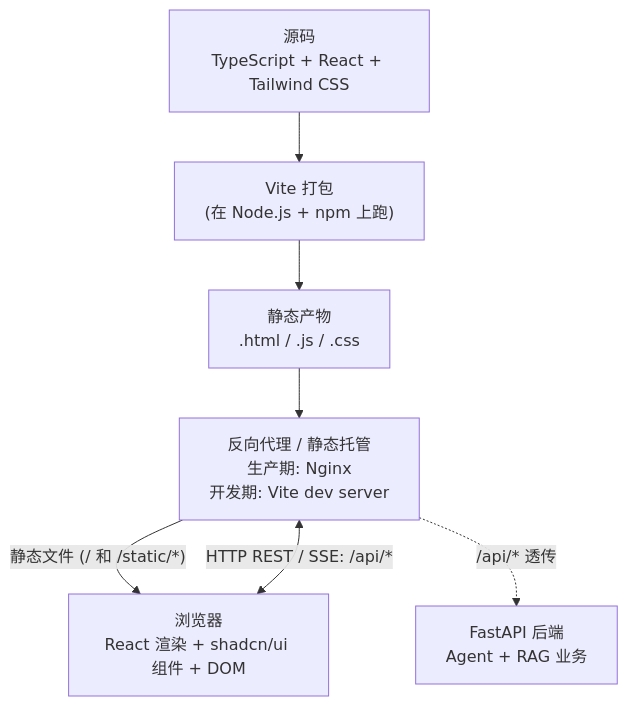
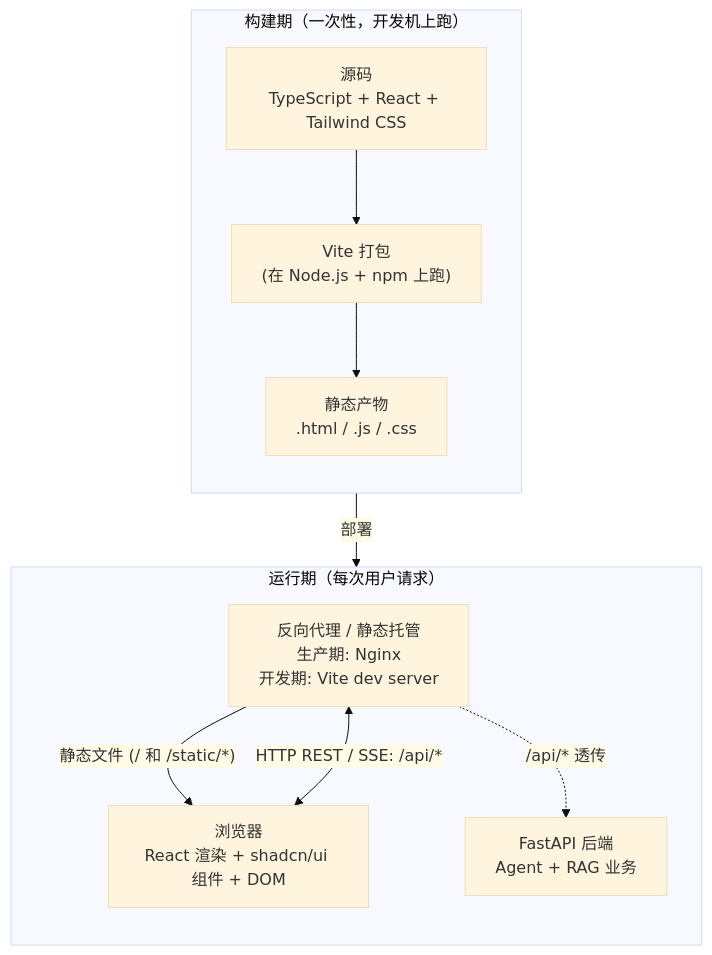
Before and after one commit to michaelwangzhenan/AgentA: the fourth of 10 diagrams in docs/iter_4_UI.md, drawn with Mermaid. The commit also changed other lines of this file and 1 other file, not shown here.

````diff
--- a/docs/iter_4_UI.md
+++ b/docs/iter_4_UI.md
@@ -412,16 +472,23 @@
 ```mermaid
+%%{init: {'theme': 'base', 'themeVariables': {'edgeLabelBackground': '#fffbe6'}}}%%
 flowchart TB
-    SRC["源码<br/>TypeScript + React + Tailwind CSS"]
-    BUILD["Vite 打包<br/>(在 Node.js + npm 上跑)"]
-    DIST["静态产物<br/>.html / .js / .css"]
-    PROXY["反向代理 / 静态托管<br/>生产期: Nginx<br/>开发期: Vite dev server"]
-    BR["浏览器<br/>React 渲染 + shadcn/ui 组件 + DOM"]
-    BE["FastAPI 后端<br/>Agent + RAG 业务"]
+    subgraph BuildTime["构建期（一次性，开发机上跑）"]
+        direction TB
+        SRC["源码<br/>TypeScript + React + Tailwind CSS"]
+        BUILD["Vite 打包<br/>(在 Node.js + npm 上跑)"]
+        DIST["静态产物<br/>.html / .js / .css"]
+        SRC --> BUILD --> DIST
+    end
 
-    SRC --> BUILD
-    BUILD --> DIST
-    DIST --> PROXY
+    subgraph Runtime["运行期（每次用户请求）"]
+        direction TB
+        PROXY["反向代理 / 静态托管<br/>生产期: Nginx<br/>开发期: Vite dev server"]
+        BR["浏览器<br/>React 渲染 + shadcn/ui 组件 + DOM"]
+        BE["FastAPI 后端<br/>Agent + RAG 业务"]
+    end
+
+    DIST -->|"部署"| PROXY
     PROXY -->|"静态文件 (/ 和 /static/*)"| BR
     BR <-->|"HTTP REST / SSE: /api/*"| PROXY
     PROXY -.->|"/api/* 透传"| BE
 ```
````
